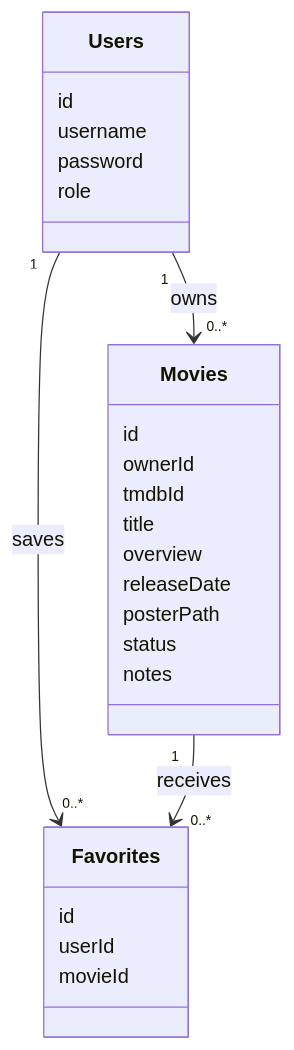
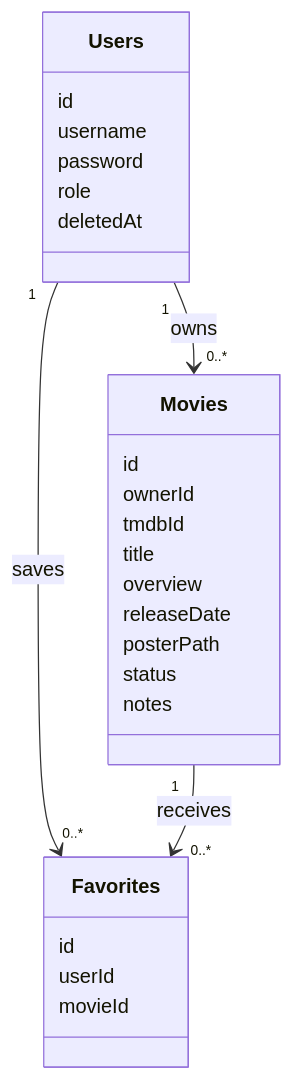
One commit to tonch-LIV/aal-movies-DB changed the first of 2 diagrams in README.md. Above: the diagram before and after it, drawn with Mermaid. The commit also changed other lines of this file and 9 other files, not shown here.

````diff
--- a/README.md
+++ b/README.md
@@ -14,29 +16,30 @@
 ```mermaid
 classDiagram
     class Users {
         id
         username
         password
         role
+        deletedAt
     }
     class Movies {
         id
         ownerId
         tmdbId
         title
         overview
         releaseDate
         posterPath
         status
         notes
     }
     class Favorites {
         id
         userId
         movieId
     }
 
     Users "1" --> "0..*" Movies : owns
     Users "1" --> "0..*" Favorites : saves
     Movies "1" --> "0..*" Favorites : receives
 ```
````
